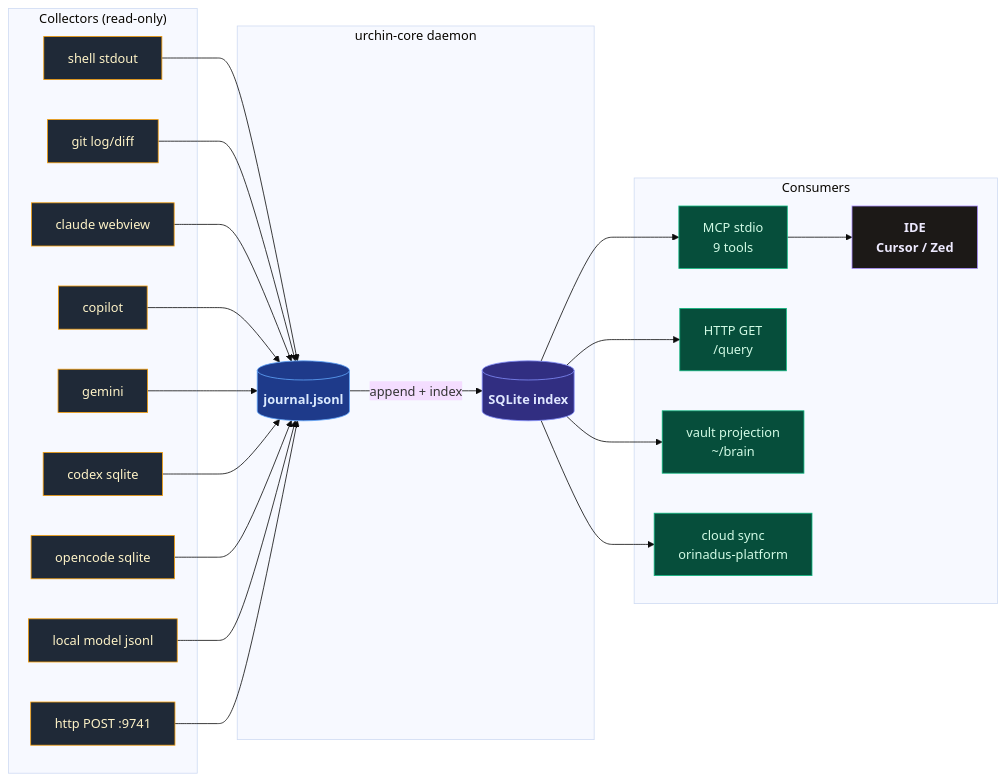
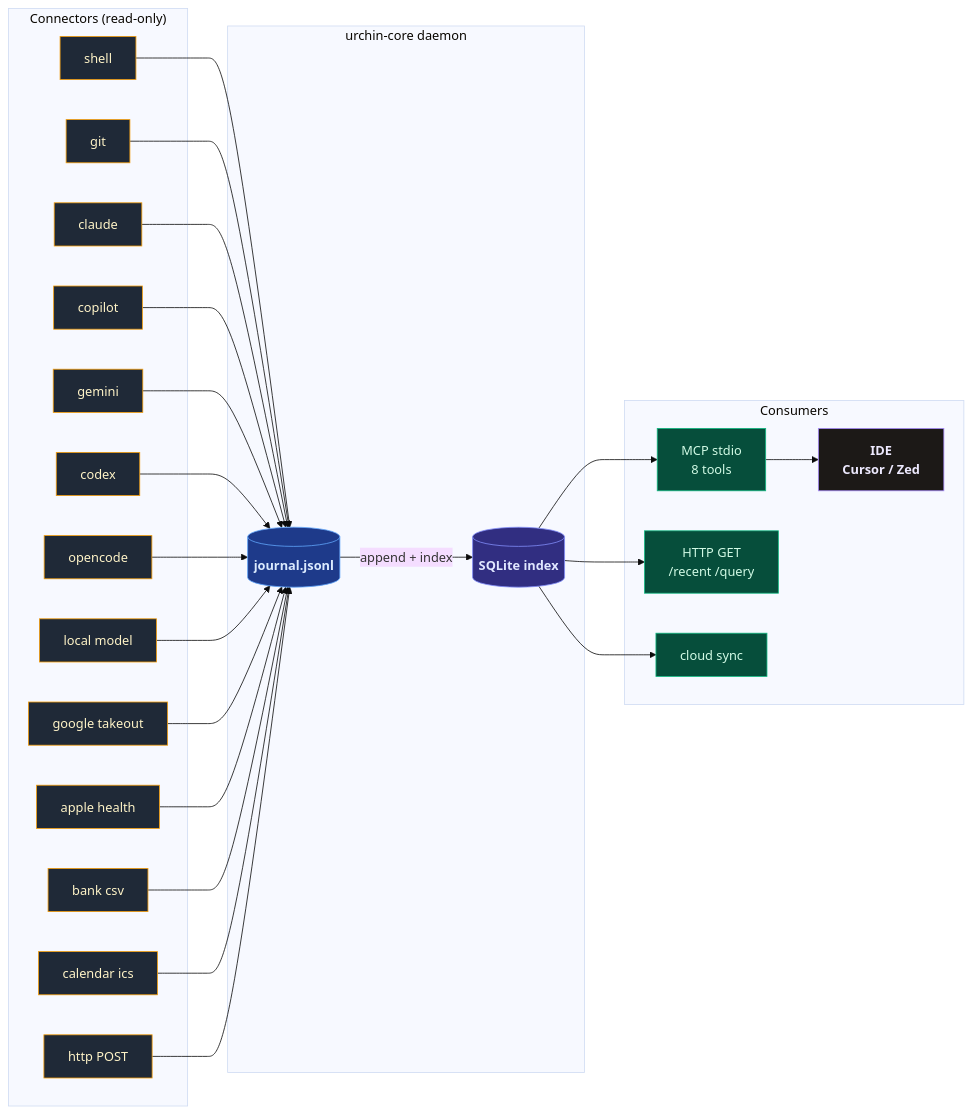
One commit to orinadus-systems/urchin changed the diagram in README.md. Above: the diagram before and after it, drawn with Mermaid (base theme). The commit also changed other lines of this file and 5 other files, not shown here.

````diff
--- a/README.md
+++ b/README.md
@@ -30,56 +30,62 @@
 ```mermaid
 flowchart LR
-    subgraph collectors["Collectors (read-only)"]
-        SH[shell stdout]
-        GIT[git log/diff]
-        CL[claude webview]
+    subgraph collectors["Connectors (read-only)"]
+        SH[shell]
+        GIT[git]
+        CL[claude]
         CP[copilot]
         GM[gemini]
-        CDX[codex sqlite]
-        OC[opencode sqlite]
-        LM[local model jsonl]
-        HI[http POST :9741]
+        CDX[codex]
+        OC[opencode]
+        LM[local model]
+        GT[google takeout]
+        AH[apple health]
+        BC[bank csv]
+        CAL[calendar ics]
+        HI[http POST]
     end
 
     subgraph daemon["urchin-core daemon"]
         J[(journal.jsonl)]
         DB[(SQLite index)]
         J -->|append + index| DB
     end
 
     subgraph consumers["Consumers"]
-        MCP[MCP stdio\n9 tools]
-        HTTP[HTTP GET\n/query]
-        VAULT[vault projection\n~/brain]
-        SYNC[cloud sync\norinadus-platform]
+        MCP[MCP stdio\n8 tools]
+        HTTP[HTTP GET\n/recent /query]
+        SYNC[cloud sync]
         IDE[IDE\nCursor / Zed]
     end
 
     SH  --> J
     GIT --> J
     CL  --> J
     CP  --> J
     GM  --> J
     CDX --> J
     OC  --> J
     LM  --> J
+    GT  --> J
+    AH  --> J
+    BC  --> J
+    CAL --> J
     HI  --> J
 
     DB --> MCP
     DB --> HTTP
-    DB --> VAULT
     DB --> SYNC
     MCP --> IDE
 
     classDef col  fill:#1f2937,stroke:#f59e0b,color:#fef3c7
     classDef core fill:#1e3a8a,stroke:#60a5fa,color:#dbeafe,font-weight:bold
     classDef db   fill:#312e81,stroke:#818cf8,color:#e0e7ff,font-weight:bold
     classDef con  fill:#064e3b,stroke:#10b981,color:#d1fae5
     classDef ide  fill:#1c1917,stroke:#a78bfa,color:#ede9fe,font-weight:bold
 
-    class SH,GIT,CL,CP,GM,CDX,OC,LM,HI col
+    class SH,GIT,CL,CP,GM,CDX,OC,LM,GT,AH,BC,CAL,HI col
     class J core
     class DB db
-    class MCP,HTTP,VAULT,SYNC con
+    class MCP,HTTP,SYNC con
     class IDE ide
 ```
````
